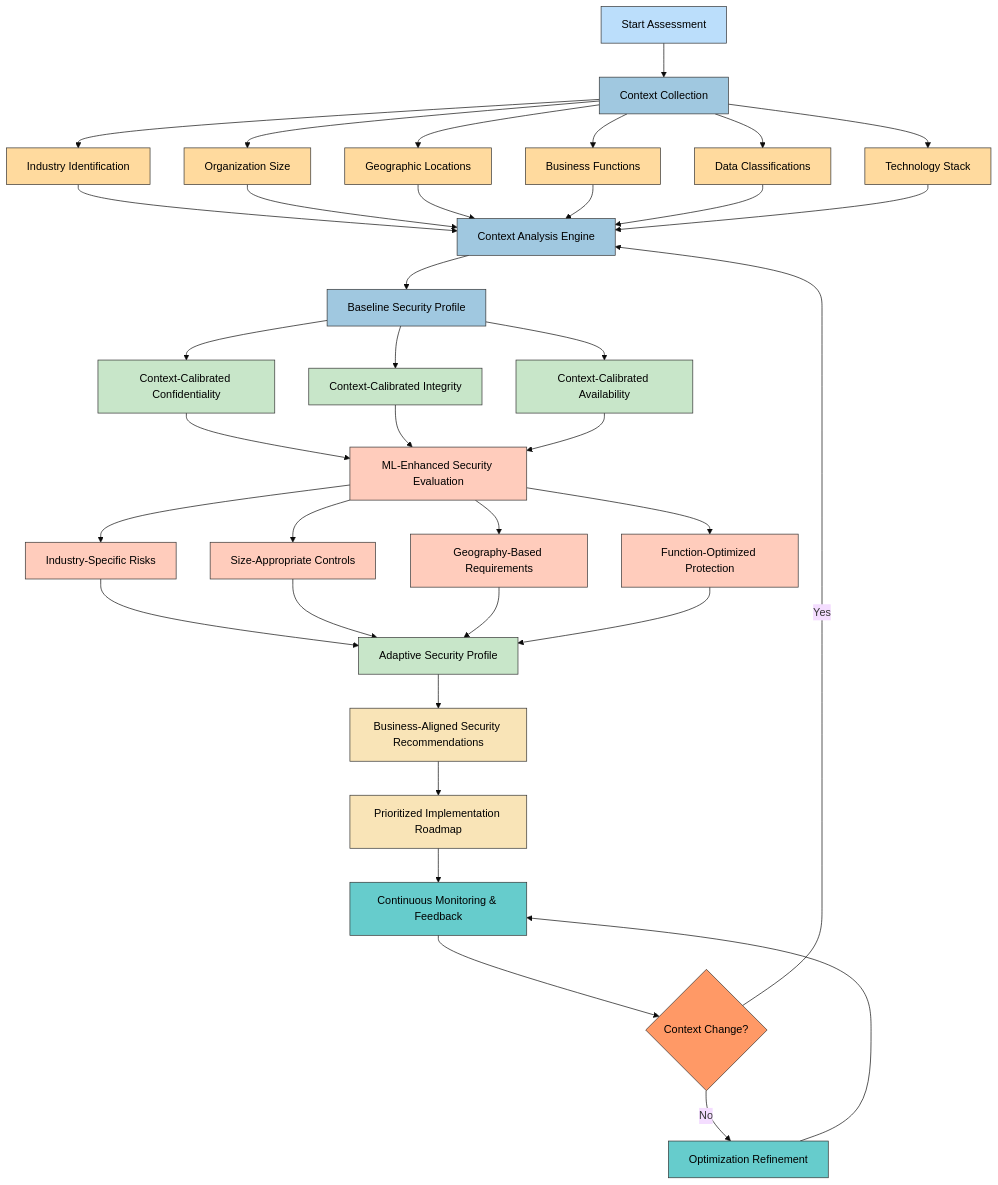
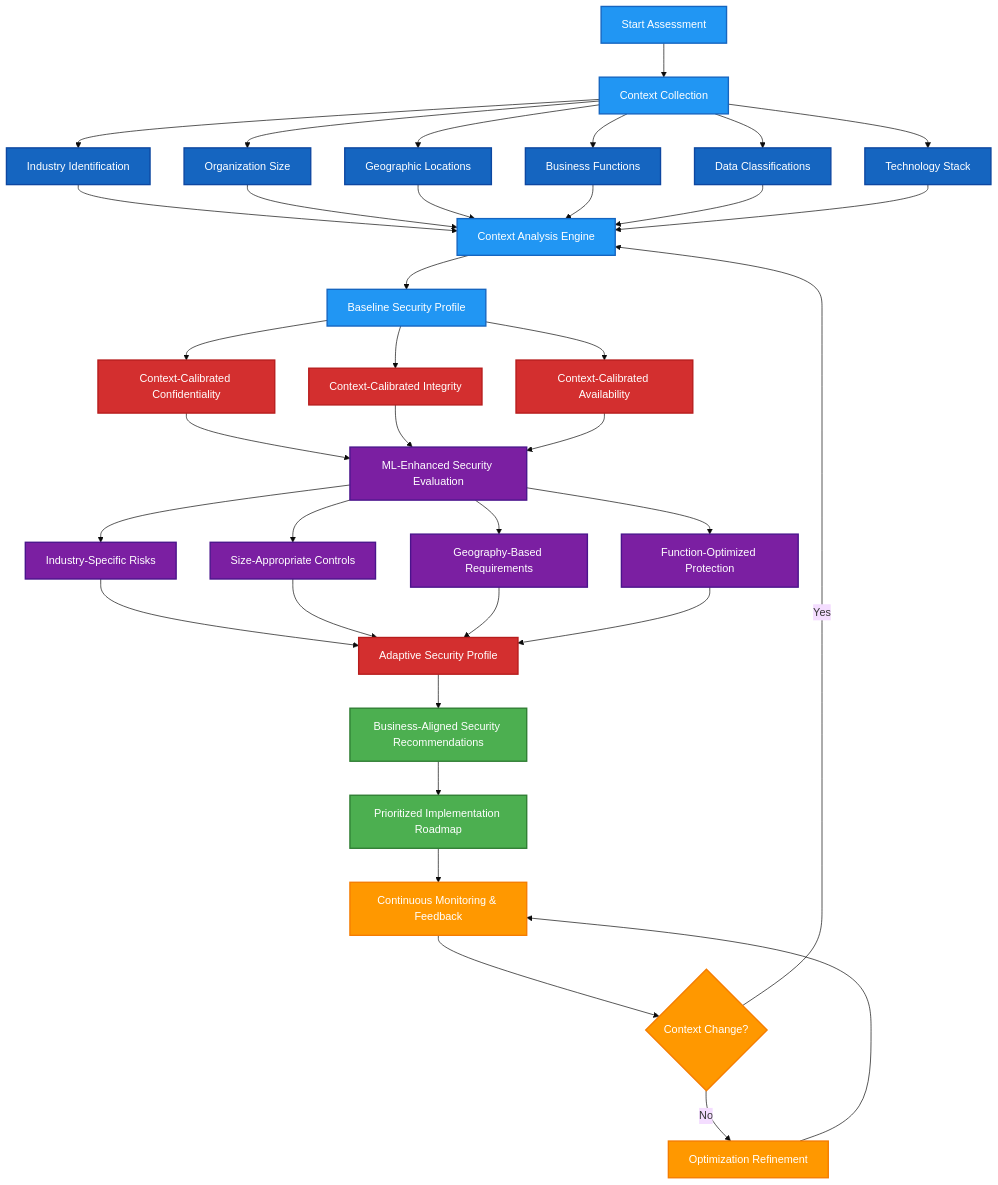
The first of 15 diagrams in docs/architecture/FUTURE_FLOWCHART.md (Hack23/cia-compliance-manager), drawn with Mermaid (base theme) before and after one commit. The commit also changed other lines of this file and 18 other files, not shown here.

First line of the commit message:
style: update all classDef colors to ISMS style guide palette and fix quadrant charts

````diff
--- a/docs/architecture/FUTURE_FLOWCHART.md
+++ b/docs/architecture/FUTURE_FLOWCHART.md
@@ -72,55 +72,55 @@
 ```mermaid
 flowchart TD
     A[Start Assessment] --> B[Context Collection]
     
     B --> C1[Industry Identification]
     B --> C2[Organization Size]
     B --> C3[Geographic Locations]
     B --> C4[Business Functions]
     B --> C5[Data Classifications]
     B --> C6[Technology Stack]
     
     C1 & C2 & C3 & C4 & C5 & C6 --> D[Context Analysis Engine]
     D --> E[Baseline Security Profile]
     
     E --> F1[Context-Calibrated Confidentiality]
     E --> F2[Context-Calibrated Integrity]
     E --> F3[Context-Calibrated Availability]
     
     F1 & F2 & F3 --> G[ML-Enhanced Security Evaluation]
     
     G --> H1[Industry-Specific Risks]
     G --> H2[Size-Appropriate Controls]
     G --> H3[Geography-Based Requirements]
     G --> H4[Function-Optimized Protection]
     
     H1 & H2 & H3 & H4 --> I[Adaptive Security Profile]
     
     I --> J[Business-Aligned Security Recommendations]
     J --> K[Prioritized Implementation Roadmap]
     K --> L[Continuous Monitoring & Feedback]
     L --> M{Context Change?}
     
     M -->|Yes| D
     M -->|No| N[Optimization Refinement]
     N --> L
 
-    classDef start fill:#bbdefb,stroke:#333,stroke-width:1px,color:black
-    classDef context fill:#a0c8e0,stroke:#333,stroke-width:1px,color:black
-    classDef params fill:#ffda9e,stroke:#333,stroke-width:1px,color:black
-    classDef engine fill:#d1c4e9,stroke:#333,stroke-width:1px,color:black
-    classDef security fill:#c8e6c9,stroke:#333,stroke-width:1px,color:black
-    classDef ml fill:#ffccbc,stroke:#333,stroke-width:1px,color:black
-    classDef output fill:#f9e4b7,stroke:#333,stroke-width:1px,color:black
-    classDef decision fill:#ff9966,stroke:#333,stroke-width:1px,color:black
-    classDef monitoring fill:#66cccc,stroke:#333,stroke-width:1px,color:black
+    classDef start fill:#2196F3,stroke:#1565C0,stroke-width:2px,color:#ffffff
+    classDef context fill:#2196F3,stroke:#1565C0,stroke-width:2px,color:#ffffff
+    classDef params fill:#1565C0,stroke:#0D47A1,stroke-width:2px,color:#ffffff
+    classDef engine fill:#1565C0,stroke:#0D47A1,stroke-width:2px,color:#ffffff
+    classDef security fill:#D32F2F,stroke:#B71C1C,stroke-width:2px,color:#ffffff
+    classDef ml fill:#7B1FA2,stroke:#4A148C,stroke-width:2px,color:#ffffff
+    classDef output fill:#4CAF50,stroke:#2E7D32,stroke-width:2px,color:#ffffff
+    classDef decision fill:#FF9800,stroke:#F57C00,stroke-width:2px,color:#ffffff
+    classDef monitoring fill:#FF9800,stroke:#F57C00,stroke-width:2px,color:#ffffff
 
     class A start
     class B,D,E context
     class C1,C2,C3,C4,C5,C6 params
     class F1,F2,F3,I security
     class G,H1,H2,H3,H4 ml
     class J,K output
     class M decision
     class L,N monitoring
 ```
````
